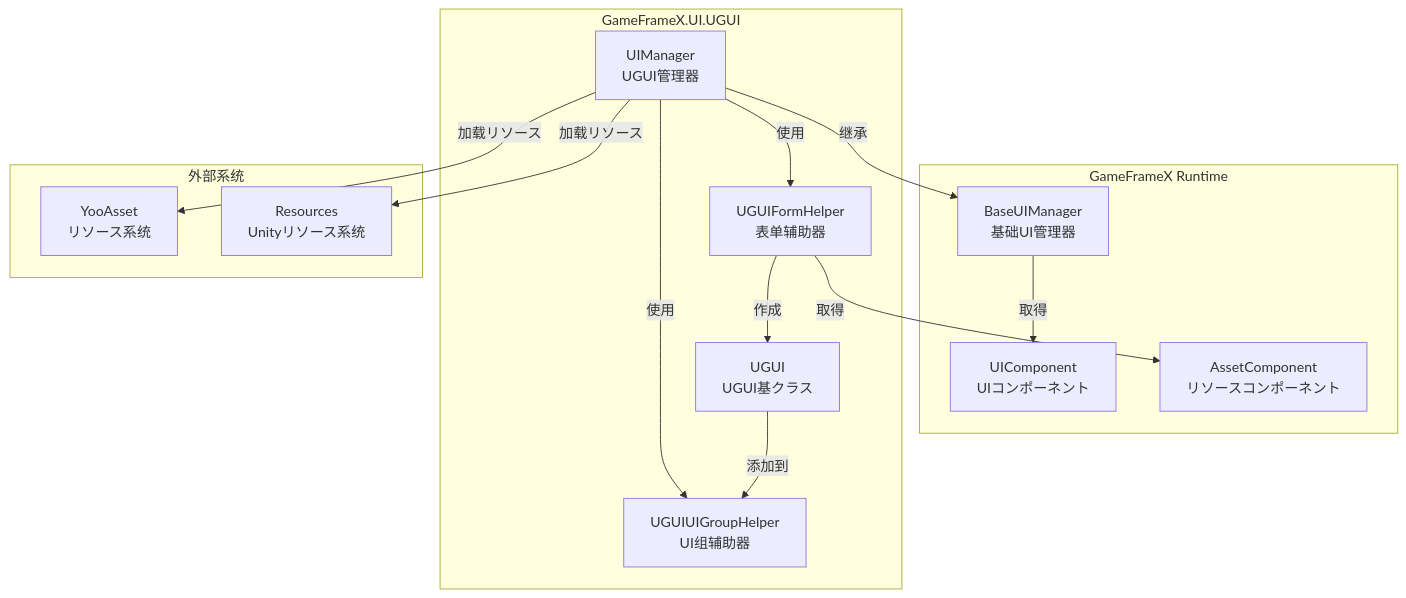
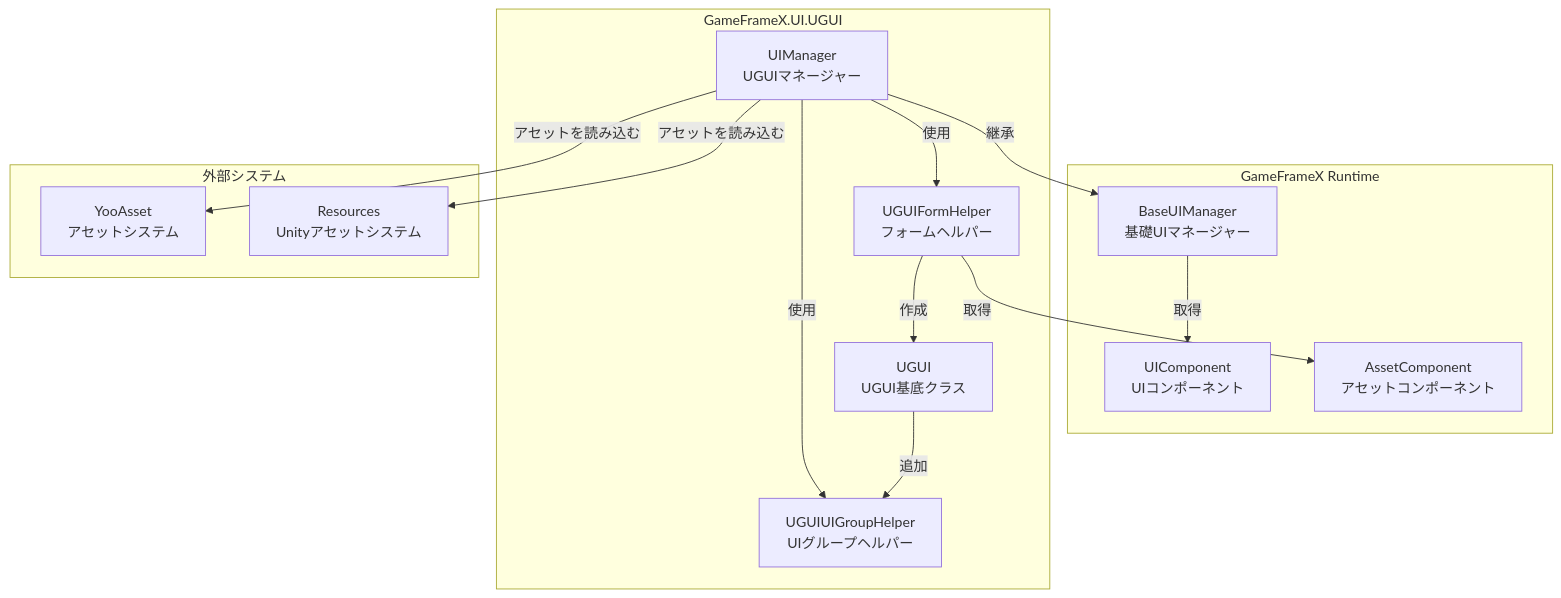
Before and after one commit to AlianBlank/GameFrameX.Docs: the first of 3 diagrams in docs/ja/client/unity/component/ui-ugui/07.ui-manager.md, drawn with Mermaid. The commit also changed other lines of this file and 320 other files, not shown here.

````diff
--- a/docs/ja/client/unity/component/ui-ugui/07.ui-manager.md
+++ b/docs/ja/client/unity/component/ui-ugui/07.ui-manager.md
@@ -23,30 +23,30 @@
 ```mermaid
 flowchart TD
     subgraph GameFrameX_Runtime["GameFrameX Runtime"]
-        BaseUIManager[BaseUIManager<br/>基础UI管理器]
+        BaseUIManager[BaseUIManager<br/>基礎UIマネージャー]
         UIComponent[UIComponent<br/>UIコンポーネント]
-        AssetComponent[AssetComponent<br/>リソースコンポーネント]
+        AssetComponent[AssetComponent<br/>アセットコンポーネント]
     end
 
     subgraph UI_UGUI_Runtime["GameFrameX.UI.UGUI"]
-        UIManager["UIManager<br/>UGUI管理器"]
-        UGUIFormHelper[UGUIFormHelper<br/>表单辅助器]
-        UGUIUIGroupHelper[UGUIUIGroupHelper<br/>UI组辅助器]
-        UGUI[UGUI<br/>UGUI基クラス]
+        UIManager["UIManager<br/>UGUIマネージャー"]
+        UGUIFormHelper[UGUIFormHelper<br/>フォームヘルパー]
+        UGUIUIGroupHelper[UGUIUIGroupHelper<br/>UIグループヘルパー]
+        UGUI[UGUI<br/>UGUI基底クラス]
     end
 
-    subgraph External["外部系统"]
-        YooAsset[YooAsset<br/>リソース系统]
-        Resources[Resources<br/>Unityリソース系统]
+    subgraph External["外部システム"]
+        YooAsset[YooAsset<br/>アセットシステム]
+        Resources[Resources<br/>Unityアセットシステム]
     end
 
-    UIManager -->|继承| BaseUIManager
+    UIManager -->|継承| BaseUIManager
     UIManager -->|使用| UGUIFormHelper
     UIManager -->|使用| UGUIUIGroupHelper
     UGUIFormHelper -->|作成| UGUI
-    UGUI -->|添加到| UGUIUIGroupHelper
-    UIManager -->|加载リソース| YooAsset
-    UIManager -->|加载リソース| Resources
+    UGUI -->|追加| UGUIUIGroupHelper
+    UIManager -->|アセットを読み込む| YooAsset
+    UIManager -->|アセットを読み込む| Resources
     BaseUIManager -->|取得| UIComponent
     UGUIFormHelper -->|取得| AssetComponent
 ```
````
